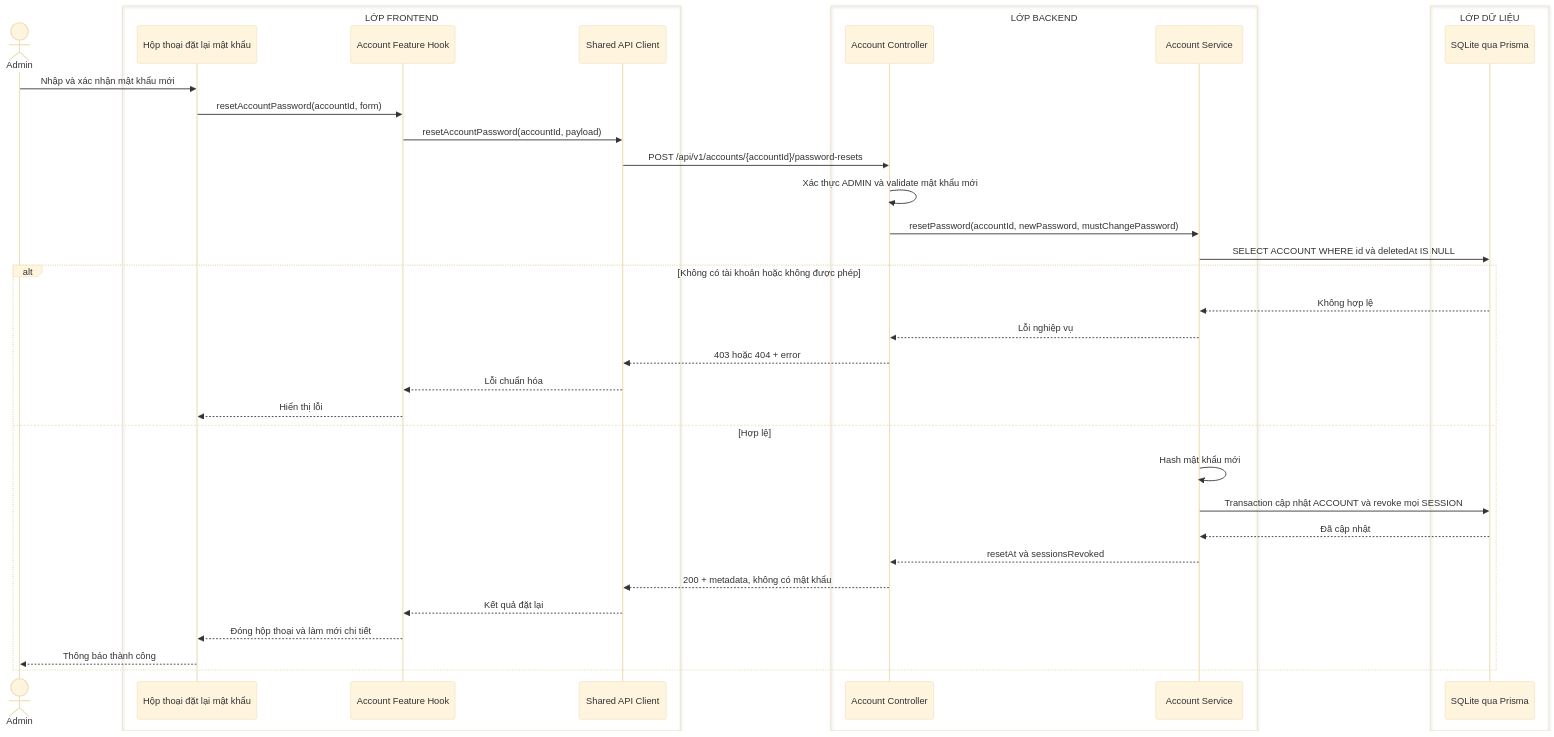
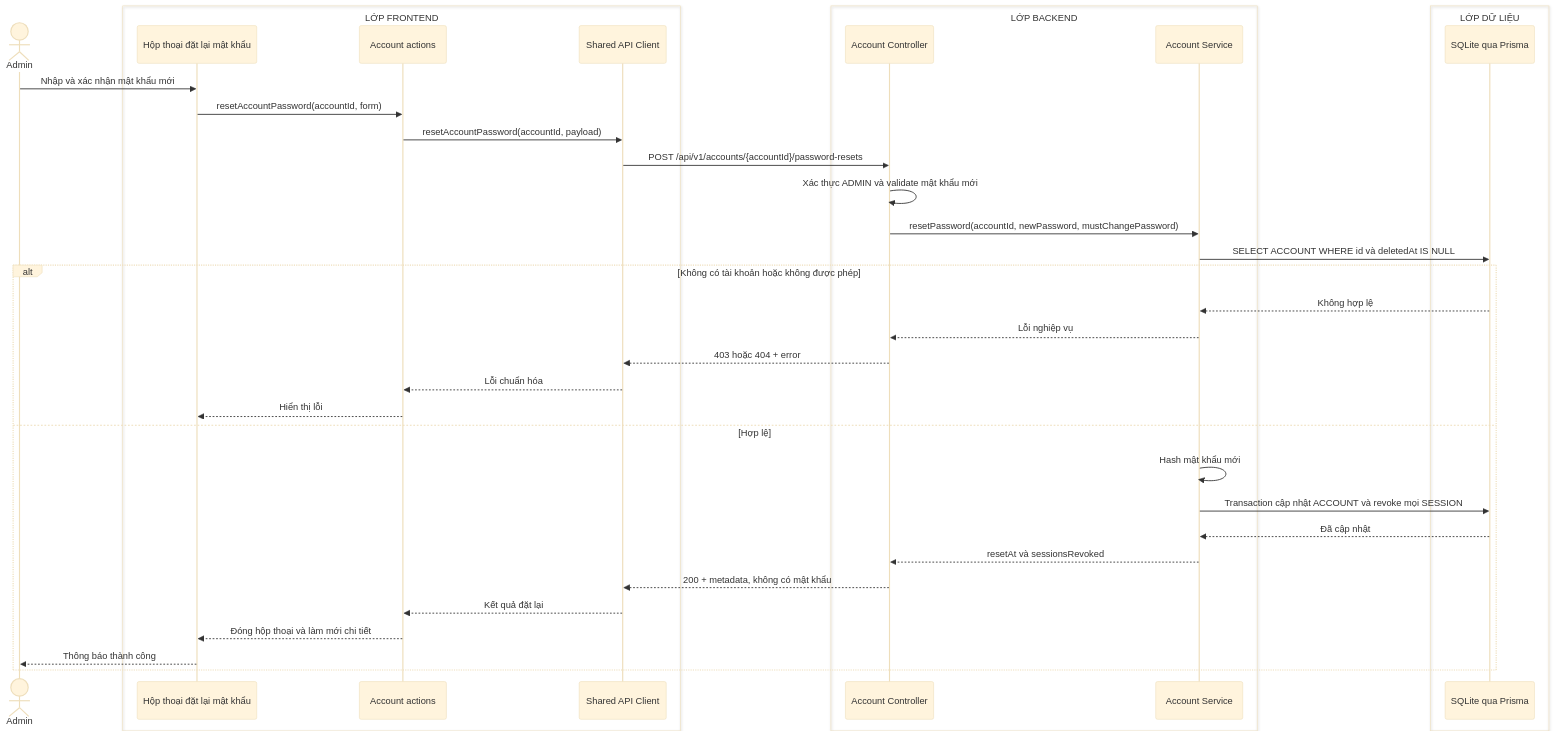
One commit to MINHDZVODICH/ctv-manage changed the second of 2 diagrams in docs/sequence-diagrams/05-doi-va-dat-lai-mat-khau.md. Above: the diagram before and after it, drawn with Mermaid (base theme). The commit also changed other lines of this file and 43 other files, not shown here.

````diff
--- a/docs/sequence-diagrams/05-doi-va-dat-lai-mat-khau.md
+++ b/docs/sequence-diagrams/05-doi-va-dat-lai-mat-khau.md
@@ -51,41 +51,41 @@
 ```mermaid
 sequenceDiagram
     actor A as Admin
     box LỚP FRONTEND
         participant UI as Hộp thoại đặt lại mật khẩu
-        participant H as Account Feature Hook
+        participant H as Account actions
         participant API as Shared API Client
     end
     box LỚP BACKEND
         participant C as Account Controller
         participant S as Account Service
     end
     box LỚP DỮ LIỆU
         participant DB as SQLite qua Prisma
     end
 
     A->>UI: Nhập và xác nhận mật khẩu mới
     UI->>H: resetAccountPassword(accountId, form)
     H->>API: resetAccountPassword(accountId, payload)
     API->>C: POST /api/v1/accounts/{accountId}/password-resets
     C->>C: Xác thực ADMIN và validate mật khẩu mới
     C->>S: resetPassword(accountId, newPassword, mustChangePassword)
     S->>DB: SELECT ACCOUNT WHERE id và deletedAt IS NULL
 
     alt Không có tài khoản hoặc không được phép
         DB-->>S: Không hợp lệ
         S-->>C: Lỗi nghiệp vụ
         C-->>API: 403 hoặc 404 + error
         API-->>H: Lỗi chuẩn hóa
         H-->>UI: Hiển thị lỗi
     else Hợp lệ
         S->>S: Hash mật khẩu mới
         S->>DB: Transaction cập nhật ACCOUNT và revoke mọi SESSION
         DB-->>S: Đã cập nhật
         S-->>C: resetAt và sessionsRevoked
         C-->>API: 200 + metadata, không có mật khẩu
         API-->>H: Kết quả đặt lại
         H-->>UI: Đóng hộp thoại và làm mới chi tiết
         UI-->>A: Thông báo thành công
     end
 ```
````
